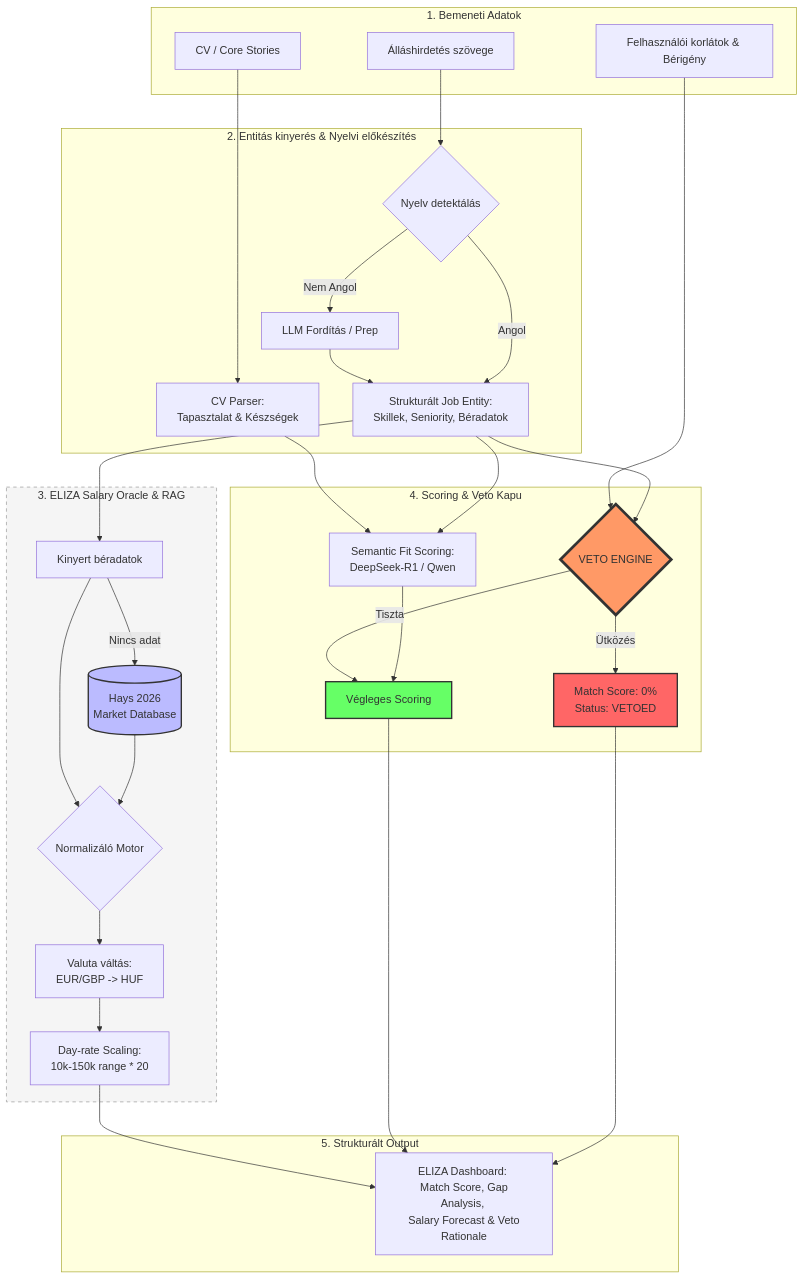
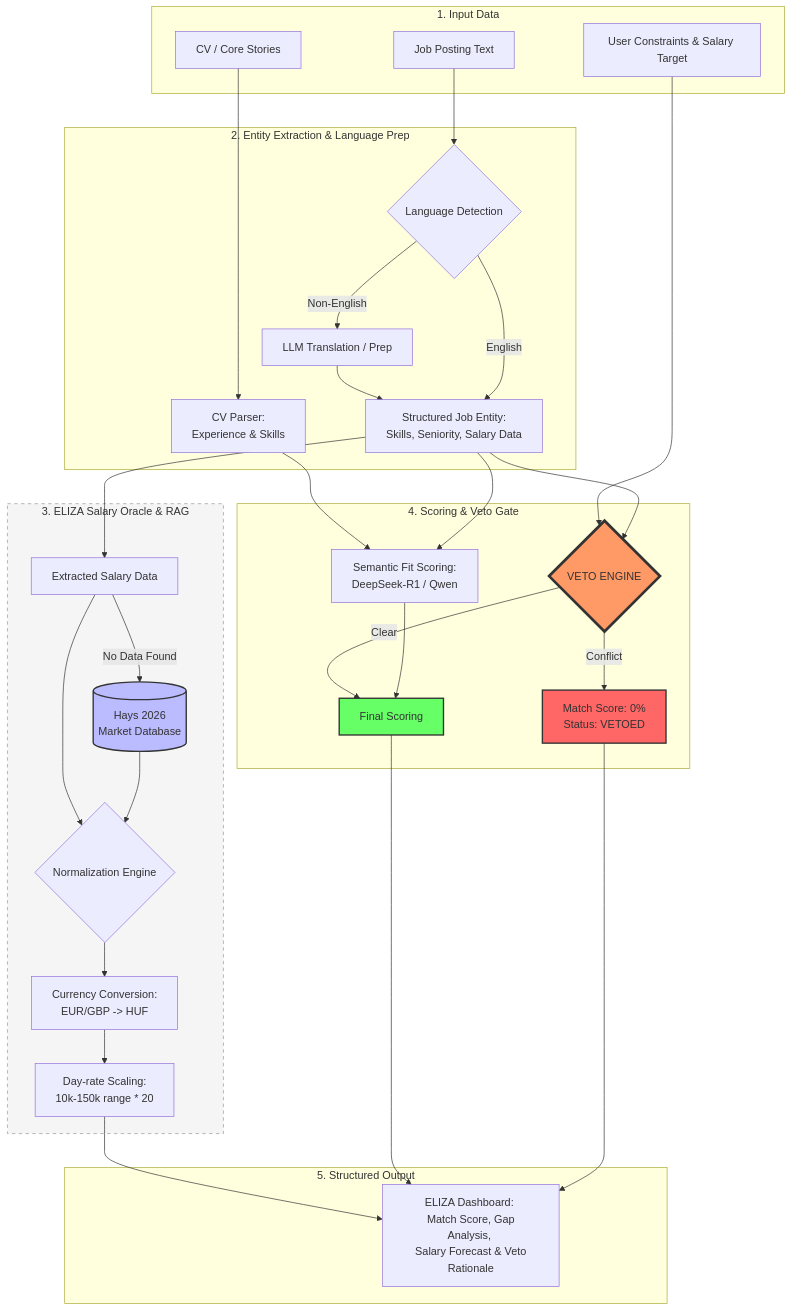
The diagram in README.md (NyiroM/Eliza), drawn with Mermaid before and after one commit.

````diff
--- a/README.md
+++ b/README.md
@@ -24,72 +24,72 @@
 ```mermaid
 flowchart TD
     %% Inputs
-    subgraph Inputs ["1. Bemeneti Adatok"]
-        J[Álláshirdetés szövege]
+    subgraph Inputs ["1. Input Data"]
+        J[Job Posting Text]
         C[CV / Core Stories]
-        U[Felhasználói korlátok & Bérigény]
+        U[User Constraints & Salary Target]
     end
 
     %% Extraction & Prep
-    subgraph Extraction ["2. Entitás kinyerés & Nyelvi előkészítés"]
-        EN{Nyelv detektálás}
-        TRANS[LLM Fordítás / Prep]
-        JE[Strukturált Job Entity: \n Skillek, Seniority, Béradatok]
+    subgraph Extraction ["2. Entity Extraction & Language Prep"]
+        EN{Language Detection}
+        TRANS[LLM Translation / Prep]
+        JE[Structured Job Entity: \n Skills, Seniority, Salary Data]
         
         J --> EN
-        EN -- Nem Angol --> TRANS
+        EN -- Non-English --> TRANS
         TRANS --> JE
-        EN -- Angol --> JE
-        C --> CP[CV Parser: \n Tapasztalat & Készségek]
+        EN -- English --> JE
+        C --> CP[CV Parser: \n Experience & Skills]
     end
 
     %% The Oracle Logic
     subgraph Oracle ["3. ELIZA Salary Oracle & RAG"]
         RAG[(Hays 2026 \n Market Database)]
-        EXT_SAL[Kinyert béradatok]
+        EXT_SAL[Extracted Salary Data]
         
         JE --> EXT_SAL
-        EXT_SAL -- Nincs adat --> RAG
+        EXT_SAL -- No Data Found --> RAG
         
-        NORM{Normalizáló Motor}
+        NORM{Normalization Engine}
         EXT_SAL --> NORM
         RAG --> NORM
         
-        CURR[Valuta váltás: \n EUR/GBP -> HUF]
+        CURR[Currency Conversion: \n EUR/GBP -> HUF]
         SCALE[Day-rate Scaling: \n 10k-150k range * 20]
         
         NORM --> CURR
         CURR --> SCALE
     end
 
     %% Scoring & Veto
-    subgraph Analysis ["4. Scoring & Veto Kapu"]
+    subgraph Analysis ["4. Scoring & Veto Gate"]
         SCO[Semantic Fit Scoring: \n DeepSeek-R1 / Qwen]
         VETO{VETO ENGINE}
         
         U --> VETO
         JE --> VETO
         CP --> SCO
         JE --> SCO
         
-        VETO -- Ütközés --> FAIL[Match Score: 0% \n Status: VETOED]
-        VETO -- Tiszta --> PASS[Végleges Scoring]
+        VETO -- Conflict --> FAIL[Match Score: 0% \n Status: VETOED]
+        VETO -- Clear --> PASS[Final Scoring]
     end
 
     %% Output
-    subgraph Output ["5. Strukturált Output"]
+    subgraph Output ["5. Structured Output"]
         UI[ELIZA Dashboard: \n Match Score, Gap Analysis, \n Salary Forecast & Veto Rationale]
     end
 
     SCALE --> UI
     PASS --> UI
     FAIL --> UI
     SCO --> PASS
 
     %% Styling
     style VETO fill:#f96,stroke:#333,stroke-width:4px
     style RAG fill:#bbf,stroke:#333,stroke-width:2px
     style FAIL fill:#f66,stroke:#333,stroke-width:2px
     style PASS fill:#6f6,stroke:#333,stroke-width:2px
     style Oracle fill:#f5f5f5,stroke:#999,stroke-dasharray: 5 5
 ```
````
